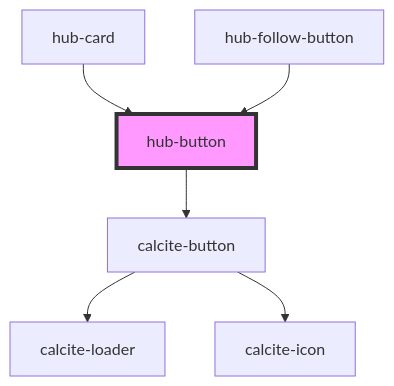
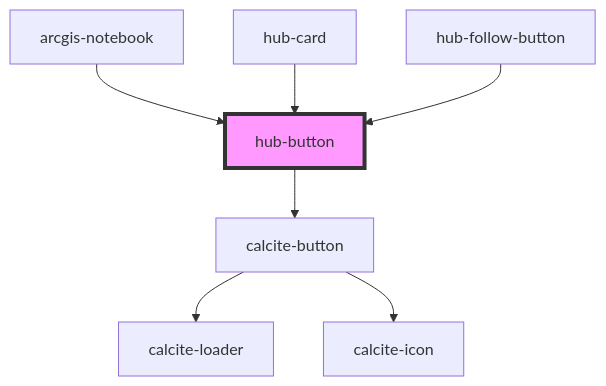
One commit to esridc/hub-components-experiments changed the diagram in src/components/hub-button/readme.md. Above: the diagram before and after it, drawn with Mermaid. The commit also changed other lines of this file and 5 other files, not shown here.

````diff
--- a/src/components/hub-button/readme.md
+++ b/src/components/hub-button/readme.md
@@ -29,9 +30,10 @@
 ```mermaid
 graph TD;
   hub-button --> calcite-button
   calcite-button --> calcite-loader
   calcite-button --> calcite-icon
+  arcgis-notebook --> hub-button
   hub-card --> hub-button
   hub-follow-button --> hub-button
   style hub-button fill:#f9f,stroke:#333,stroke-width:4px
 ```
````
